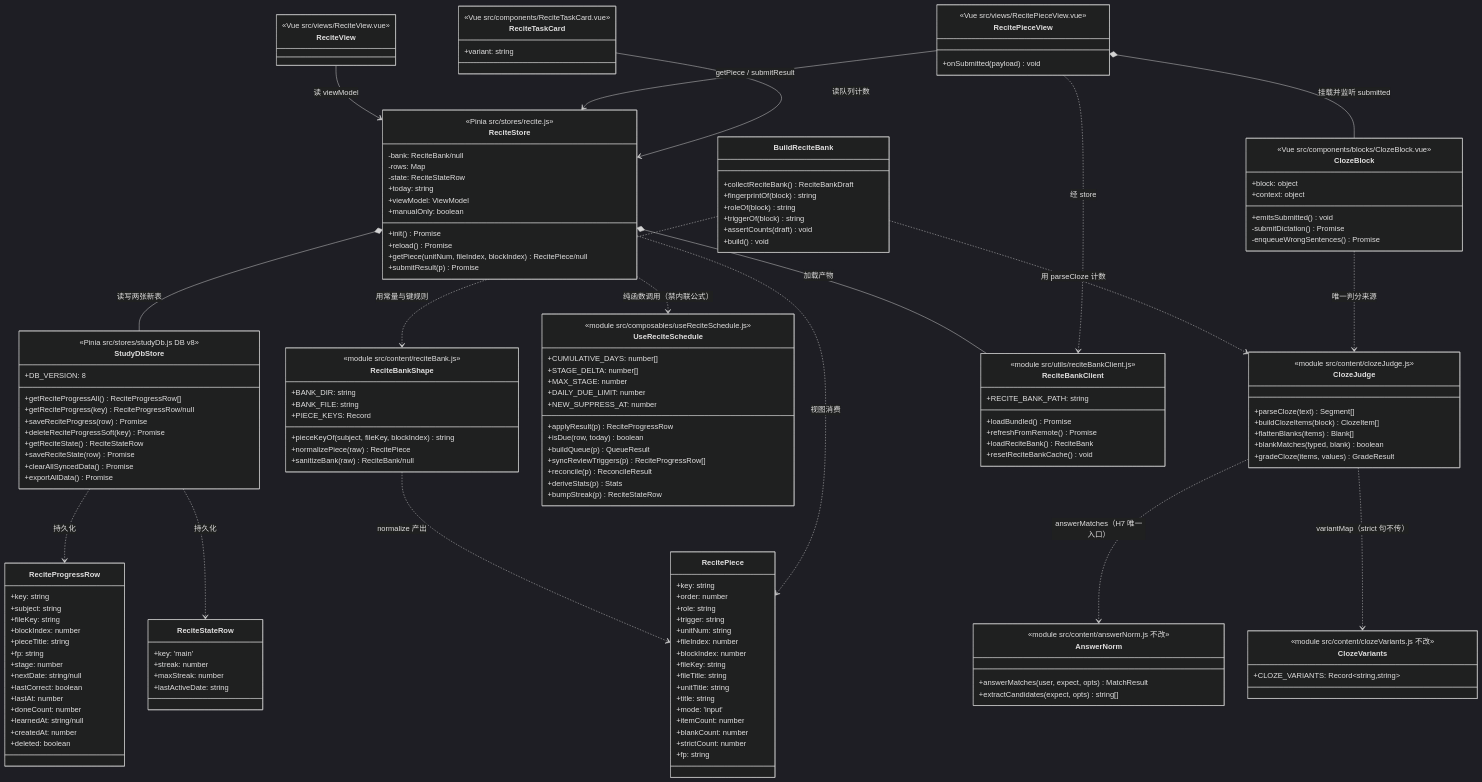
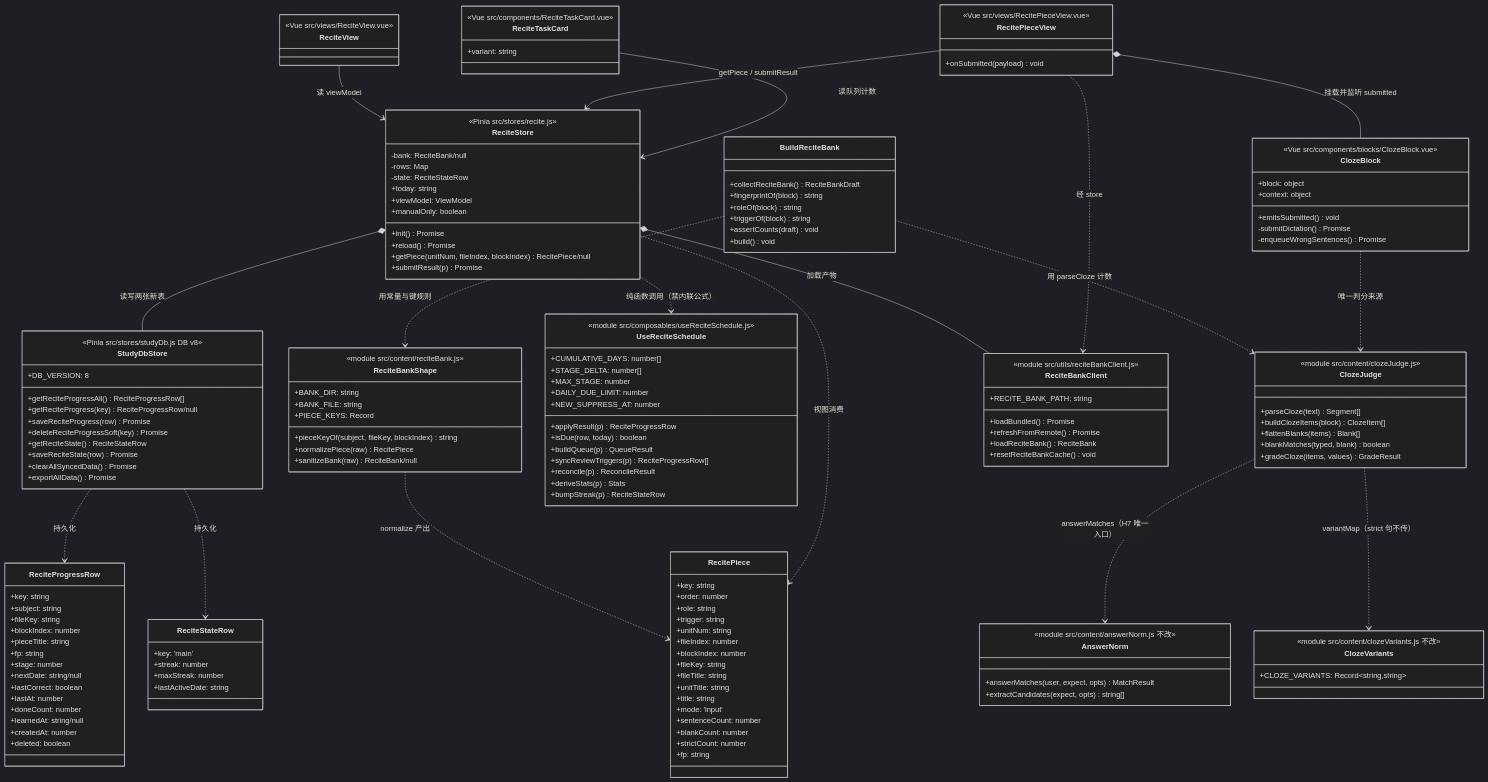
The second of 2 diagrams in docs/design-recitation.md (HeiTangMiao/danzhao-study-vue3), drawn with Mermaid (dark theme) before and after one commit. The commit also changed other lines of this file, not shown here.

```diff
--- a/docs/design-recitation.md
+++ b/docs/design-recitation.md
@@ -658,7 +674,7 @@
     +unitTitle: string
     +title: string
     +mode: 'input'
-    +itemCount: number
+    +sentenceCount: number
     +blankCount: number
     +strictCount: number
     +fp: string
```
